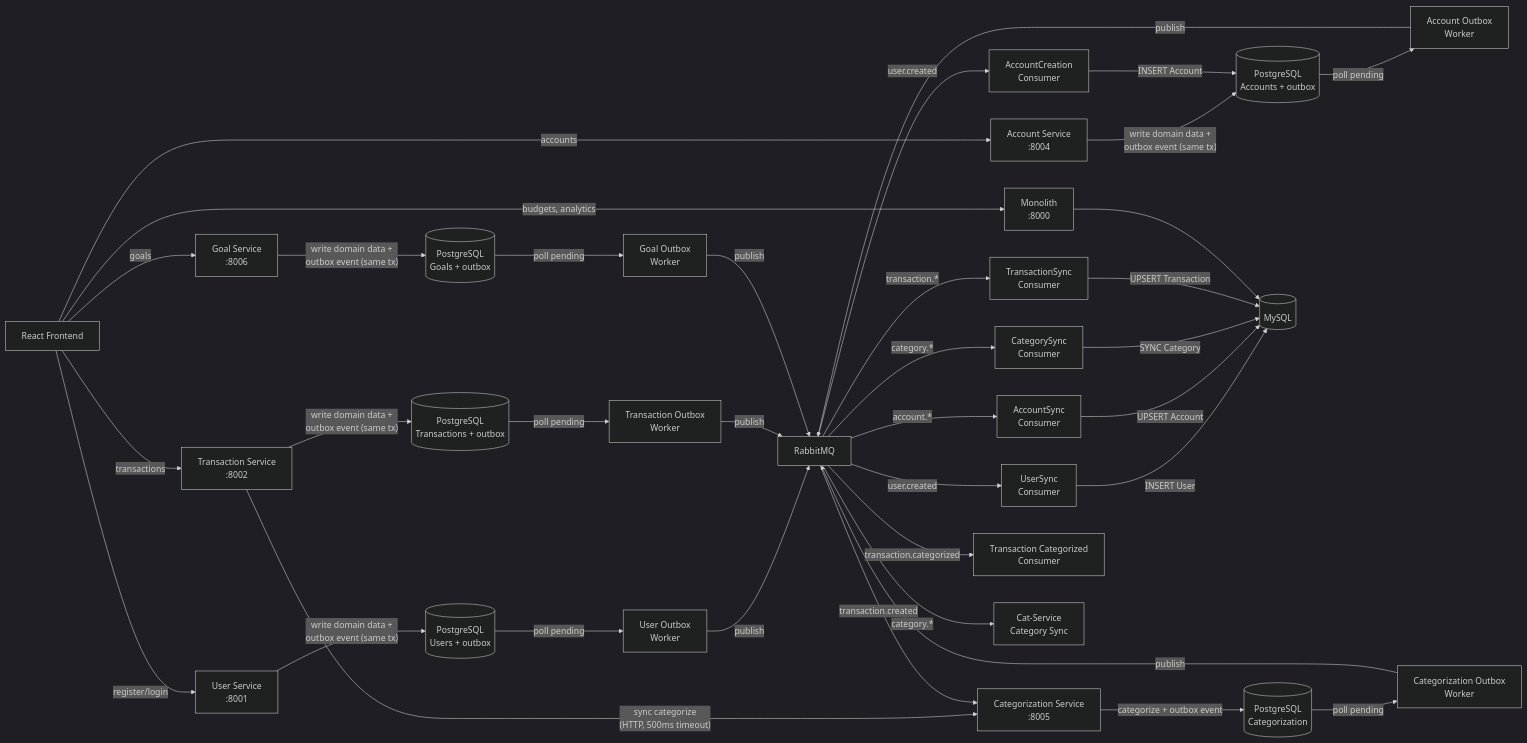
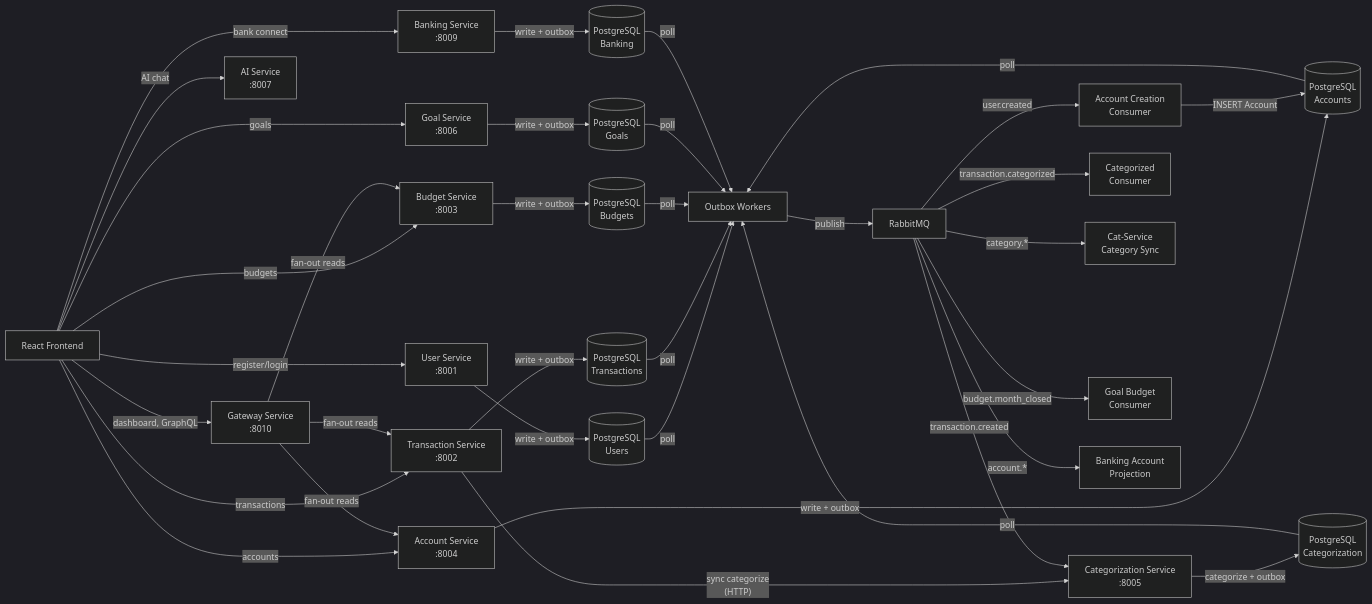
The first of 3 diagrams in README.md (Jothom2912/Finance-Tracker), drawn with Mermaid (dark theme) before and after one commit. The commit also changed other lines of this file and 47 other files, not shown here.

First line of the commit message:
Remove all monolith and MySQL references from codebase

````diff
--- a/README.md
+++ b/README.md
@@ -103,45 +93,43 @@
 ```mermaid
 graph LR
     FE[React Frontend] -->|register/login| US[User Service<br/>:8001]
     FE -->|transactions| TS[Transaction Service<br/>:8002]
     FE -->|accounts| AS[Account Service<br/>:8004]
-    FE -->|budgets, analytics| MON[Monolith<br/>:8000]
+    FE -->|budgets| BS[Budget Service<br/>:8003]
     FE -->|goals| GS[Goal Service<br/>:8006]
+    FE -->|dashboard, GraphQL| GW[Gateway Service<br/>:8010]
+    FE -->|bank connect| BANK[Banking Service<br/>:8009]
+    FE -->|AI chat| AI[AI Service<br/>:8007]
 
-    US -->|"write domain data +<br/>outbox event (same tx)"| PG_U[(PostgreSQL<br/>Users + outbox)]
-    TS -->|"write domain data +<br/>outbox event (same tx)"| PG_T[(PostgreSQL<br/>Transactions + outbox)]
-    AS -->|"write domain data +<br/>outbox event (same tx)"| PG_A[(PostgreSQL<br/>Accounts + outbox)]
-    GS -->|"write domain data +<br/>outbox event (same tx)"| PG_G[(PostgreSQL<br/>Goals + outbox)]
-    CS[Categorization Service<br/>:8005] -->|"categorize + outbox event"| PG_C[(PostgreSQL<br/>Categorization)]
+    US -->|"write + outbox"| PG_U[(PostgreSQL<br/>Users)]
+    TS -->|"write + outbox"| PG_T[(PostgreSQL<br/>Transactions)]
+    AS -->|"write + outbox"| PG_A[(PostgreSQL<br/>Accounts)]
+    BS -->|"write + outbox"| PG_B[(PostgreSQL<br/>Budgets)]
+    GS -->|"write + outbox"| PG_G[(PostgreSQL<br/>Goals)]
+    BANK -->|"write + outbox"| PG_BK[(PostgreSQL<br/>Banking)]
+    CS[Categorization Service<br/>:8005] -->|"categorize + outbox"| PG_C[(PostgreSQL<br/>Categorization)]
 
-    TS -->|"sync categorize<br/>(HTTP, 500ms timeout)"| CS
+    TS -->|"sync categorize<br/>(HTTP)"| CS
+    GW -->|"fan-out reads"| TS
+    GW -->|"fan-out reads"| AS
+    GW -->|"fan-out reads"| BS
 
-    PG_U -->|poll pending| UOW[User Outbox<br/>Worker]
-    PG_T -->|poll pending| TOW[Transaction Outbox<br/>Worker]
-    PG_A -->|poll pending| AOW[Account Outbox<br/>Worker]
-    PG_G -->|poll pending| GOW[Goal Outbox<br/>Worker]
-    PG_C -->|poll pending| COW[Categorization Outbox<br/>Worker]
+    PG_U -->|poll| UOW[Outbox Workers]
+    PG_T -->|poll| UOW
+    PG_A -->|poll| UOW
+    PG_B -->|poll| UOW
+    PG_G -->|poll| UOW
+    PG_BK -->|poll| UOW
+    PG_C -->|poll| UOW
 
     UOW -->|publish| RMQ[RabbitMQ]
-    TOW -->|publish| RMQ
-    AOW -->|publish| RMQ
-    GOW -->|publish| RMQ
-    COW -->|publish| RMQ
 
-    RMQ -->|user.created| USC[UserSync<br/>Consumer]
-    RMQ -->|user.created| ACC[AccountCreation<br/>Consumer]
-    RMQ -->|account.*| ASC[AccountSync<br/>Consumer]
-    RMQ -->|category.*| CSC[CategorySync<br/>Consumer]
-    RMQ -->|transaction.*| TSC[TransactionSync<br/>Consumer]
+    RMQ -->|user.created| ACC[Account Creation<br/>Consumer]
     RMQ -->|transaction.created| CS
-    RMQ -->|transaction.categorized| TCC[Transaction Categorized<br/>Consumer]
+    RMQ -->|transaction.categorized| TCC[Categorized<br/>Consumer]
     RMQ -->|category.*| CCSC[Cat-Service<br/>Category Sync]
+    RMQ -->|budget.month_closed| GBC[Goal Budget<br/>Consumer]
+    RMQ -->|account.*| BAPC[Banking Account<br/>Projection]
 
-    USC -->|INSERT User| MYSQL[(MySQL)]
     ACC -->|INSERT Account| PG_A
-    ASC -->|UPSERT Account| MYSQL
-    CSC -->|SYNC Category| MYSQL
-    TSC -->|UPSERT Transaction| MYSQL
-
-    MON --> MYSQL
 ```
````
